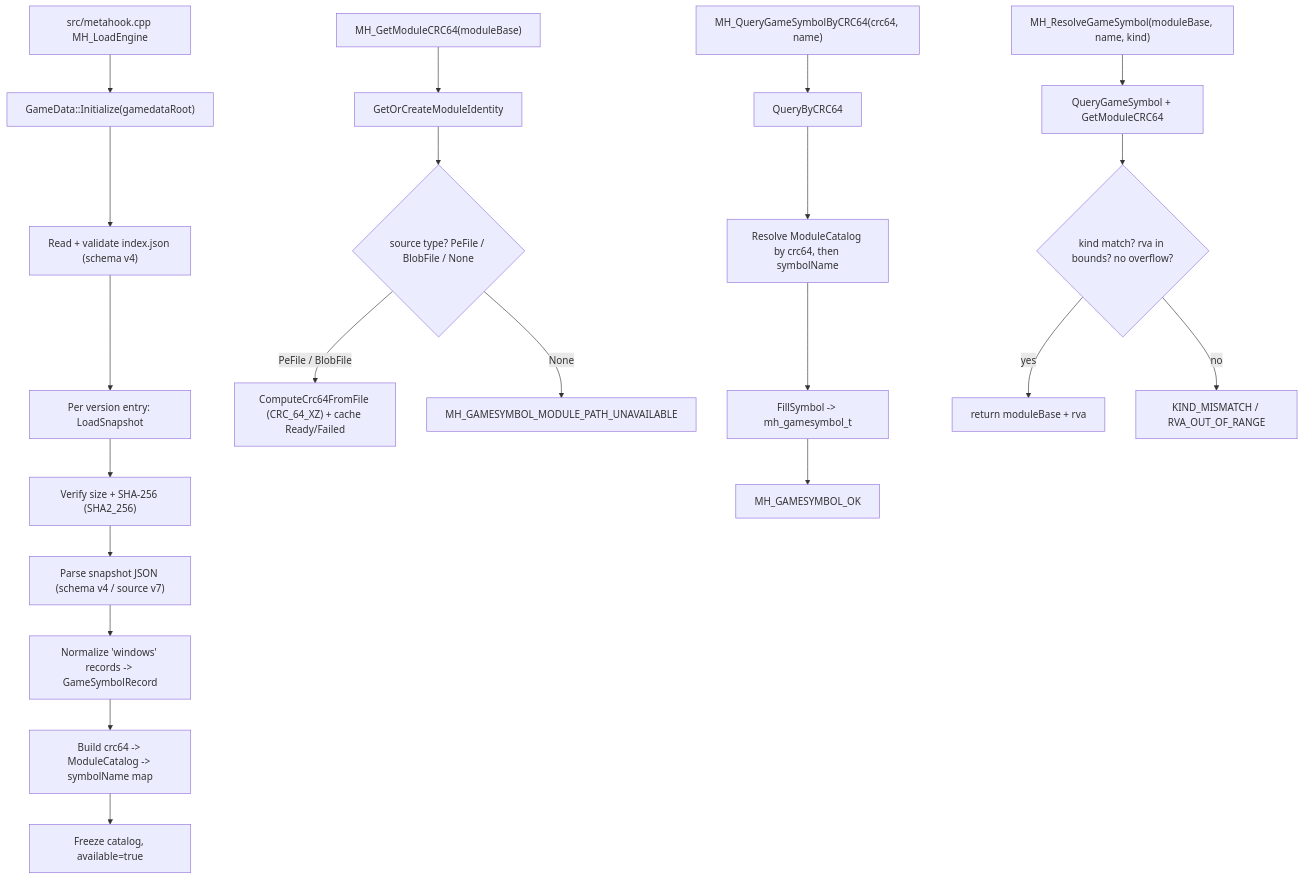
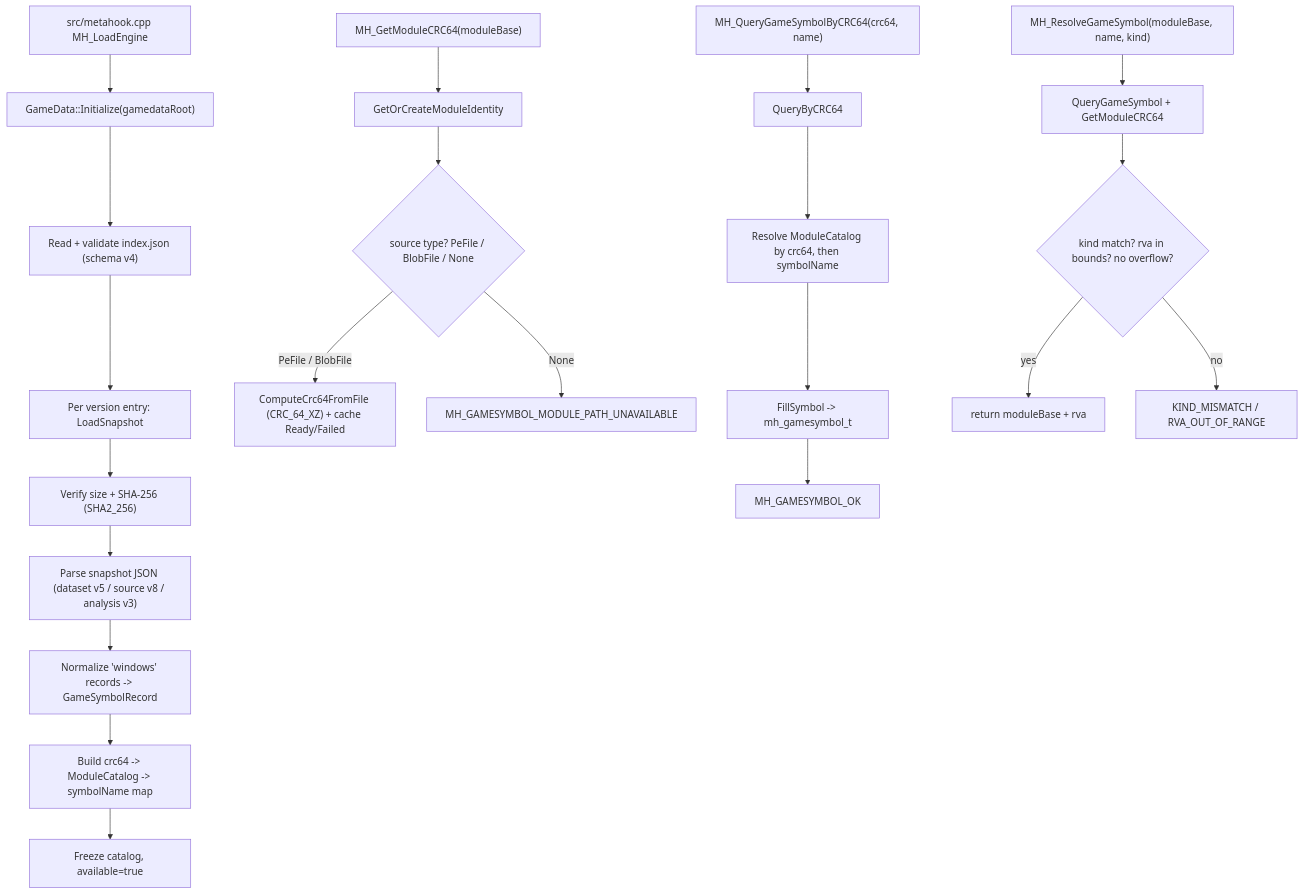
The diagram in memory/GameData.md (hzqst/MetaHookSv), drawn with Mermaid before and after one commit. The commit also changed other lines of this file and 9 other files, not shown here.

First line of the commit message:
feat(gamedata): support dataset schema 5 and scalar symbols (API 111)

````diff
--- a/memory/GameData.md
+++ b/memory/GameData.md
@@ -59,26 +60,26 @@
 ```mermaid
 flowchart TD
     A["src/metahook.cpp MH_LoadEngine"] --> B["GameData::Initialize(gamedataRoot)"]
     B --> C["Read + validate index.json (schema v4)"]
     C --> D["Per version entry: LoadSnapshot"]
     D --> E["Verify size + SHA-256 (SHA2_256)"]
-    E --> F["Parse snapshot JSON (schema v4 / source v7)"]
+    E --> F["Parse snapshot JSON (dataset v5 / source v8 / analysis v3)"]
     F --> G["Normalize 'windows' records -> GameSymbolRecord"]
     G --> H["Build crc64 -> ModuleCatalog -> symbolName map"]
     H --> I["Freeze catalog, available=true"]
 
     J["MH_GetModuleCRC64(moduleBase)"] --> K["GetOrCreateModuleIdentity"]
     K --> L{"source type? PeFile / BlobFile / None"}
     L -->|"PeFile / BlobFile"| M["ComputeCrc64FromFile (CRC_64_XZ) + cache Ready/Failed"]
     L -->|"None"| N["MH_GAMESYMBOL_MODULE_PATH_UNAVAILABLE"]
 
     O["MH_QueryGameSymbolByCRC64(crc64, name)"] --> P["QueryByCRC64"]
     P --> Q["Resolve ModuleCatalog by crc64, then symbolName"]
     Q --> R["FillSymbol -> mh_gamesymbol_t"]
     R --> S["MH_GAMESYMBOL_OK"]
 
     T["MH_ResolveGameSymbol(moduleBase, name, kind)"] --> U["QueryGameSymbol + GetModuleCRC64"]
     U --> V{"kind match? rva in bounds? no overflow?"}
     V -->|"yes"| W["return moduleBase + rva"]
     V -->|"no"| X["KIND_MISMATCH / RVA_OUT_OF_RANGE"]
 ```
````
